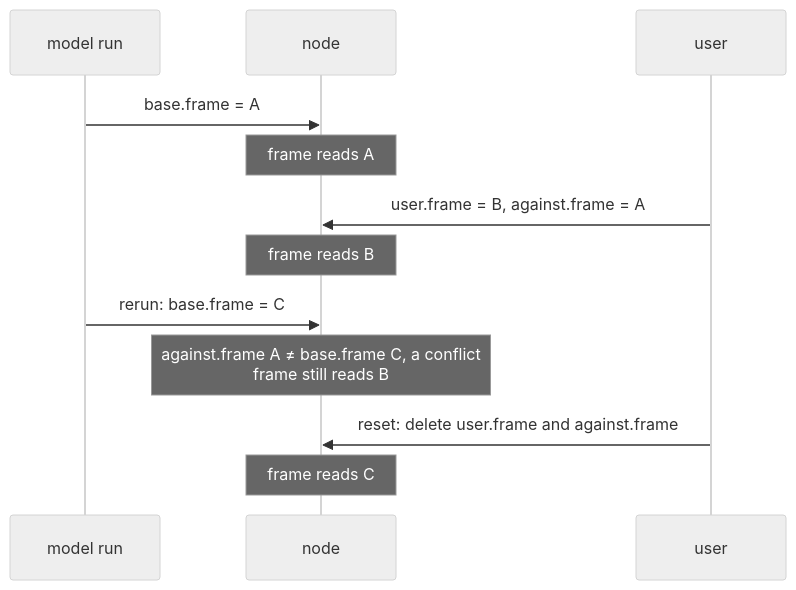
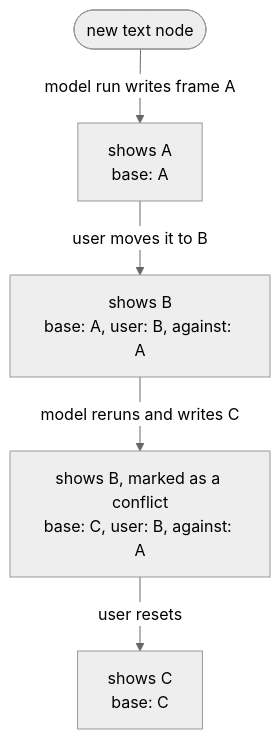
The fourth of 7 diagrams in crates/koharu-scene/DESIGN.md (koharu-rs/koharu), drawn with Mermaid (neutral theme) before and after one commit. The commit also changed other lines of this file, not shown here.

First line of the commit message:
docs(scene): replace UML diagrams with plain flowcharts

````diff
--- a/crates/koharu-scene/DESIGN.md
+++ b/crates/koharu-scene/DESIGN.md
@@ -180,14 +144,7 @@
 ```mermaid
-sequenceDiagram
-  participant M as model run
-  participant N as node
-  participant P as user
-  M->>N: base.frame = A
-  Note over N: frame reads A
-  P->>N: user.frame = B, against.frame = A
-  Note over N: frame reads B
-  M->>N: rerun: base.frame = C
-  Note over N: against.frame A ≠ base.frame C, a conflict<br/>frame still reads B
-  P->>N: reset: delete user.frame and against.frame
-  Note over N: frame reads C
+flowchart TD
+  start(["new text node"]) -->|"model run writes frame A"| s1["shows A<br/>base: A"]
+  s1 -->|"user moves it to B"| s2["shows B<br/>base: A, user: B, against: A"]
+  s2 -->|"model reruns and writes C"| s3["shows B, marked as a conflict<br/>base: C, user: B, against: A"]
+  s3 -->|"user resets"| s4["shows C<br/>base: C"]
 ```
````
